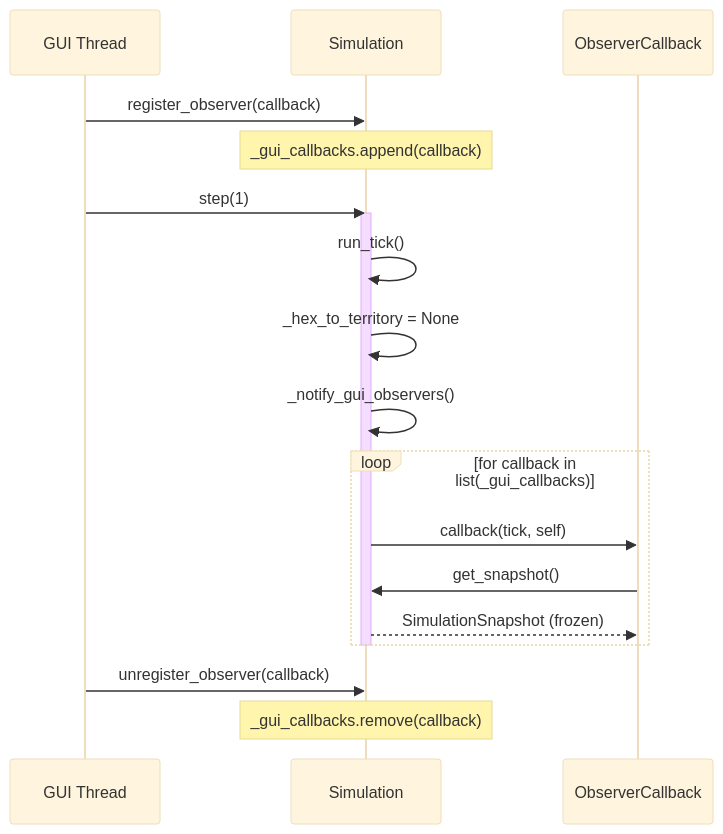
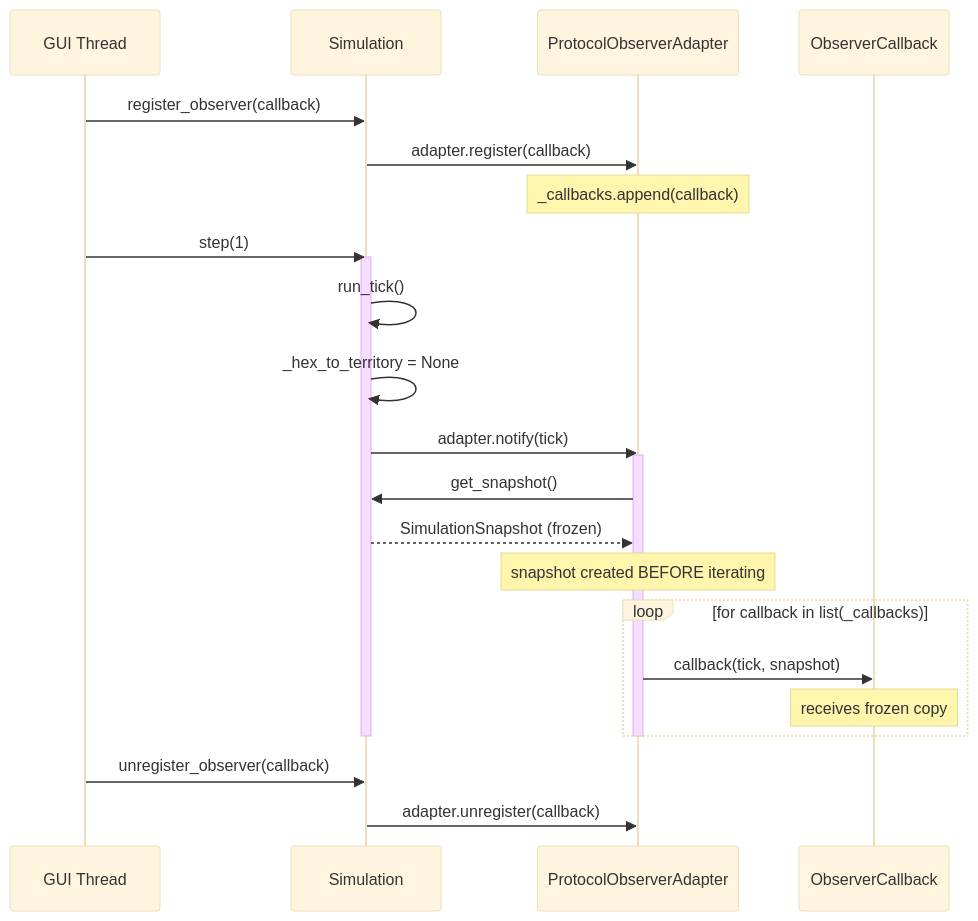
One commit to percy-raskova/babylon changed the second of 2 diagrams in specs/006-gui-protocol-extension/plan.md. Above: the diagram before and after it, drawn with Mermaid (base theme). The commit also changed other lines of this file and 3 other files, not shown here.

First line of the commit message:
fix(spec): restore ProtocolObserverAdapter for thread-safe GUI integration

````diff
--- a/specs/006-gui-protocol-extension/plan.md
+++ b/specs/006-gui-protocol-extension/plan.md
@@ -186,24 +192,30 @@
 ```mermaid
 sequenceDiagram
     participant GUI as GUI Thread
     participant SIM as Simulation
+    participant ADP as ProtocolObserverAdapter
     participant CB as ObserverCallback
 
     GUI->>SIM: register_observer(callback)
-    Note over SIM: _gui_callbacks.append(callback)
+    SIM->>ADP: adapter.register(callback)
+    Note over ADP: _callbacks.append(callback)
 
     GUI->>SIM: step(1)
     activate SIM
     SIM->>SIM: run_tick()
     SIM->>SIM: _hex_to_territory = None
-    SIM->>SIM: _notify_gui_observers()
-    loop for callback in list(_gui_callbacks)
-        SIM->>CB: callback(tick, self)
-        CB->>SIM: get_snapshot()
-        SIM-->>CB: SimulationSnapshot (frozen)
+    SIM->>ADP: adapter.notify(tick)
+    activate ADP
+    ADP->>SIM: get_snapshot()
+    SIM-->>ADP: SimulationSnapshot (frozen)
+    Note over ADP: snapshot created BEFORE iterating
+    loop for callback in list(_callbacks)
+        ADP->>CB: callback(tick, snapshot)
+        Note over CB: receives frozen copy
     end
+    deactivate ADP
     deactivate SIM
 
     GUI->>SIM: unregister_observer(callback)
-    Note over SIM: _gui_callbacks.remove(callback)
+    SIM->>ADP: adapter.unregister(callback)
 ```
````
